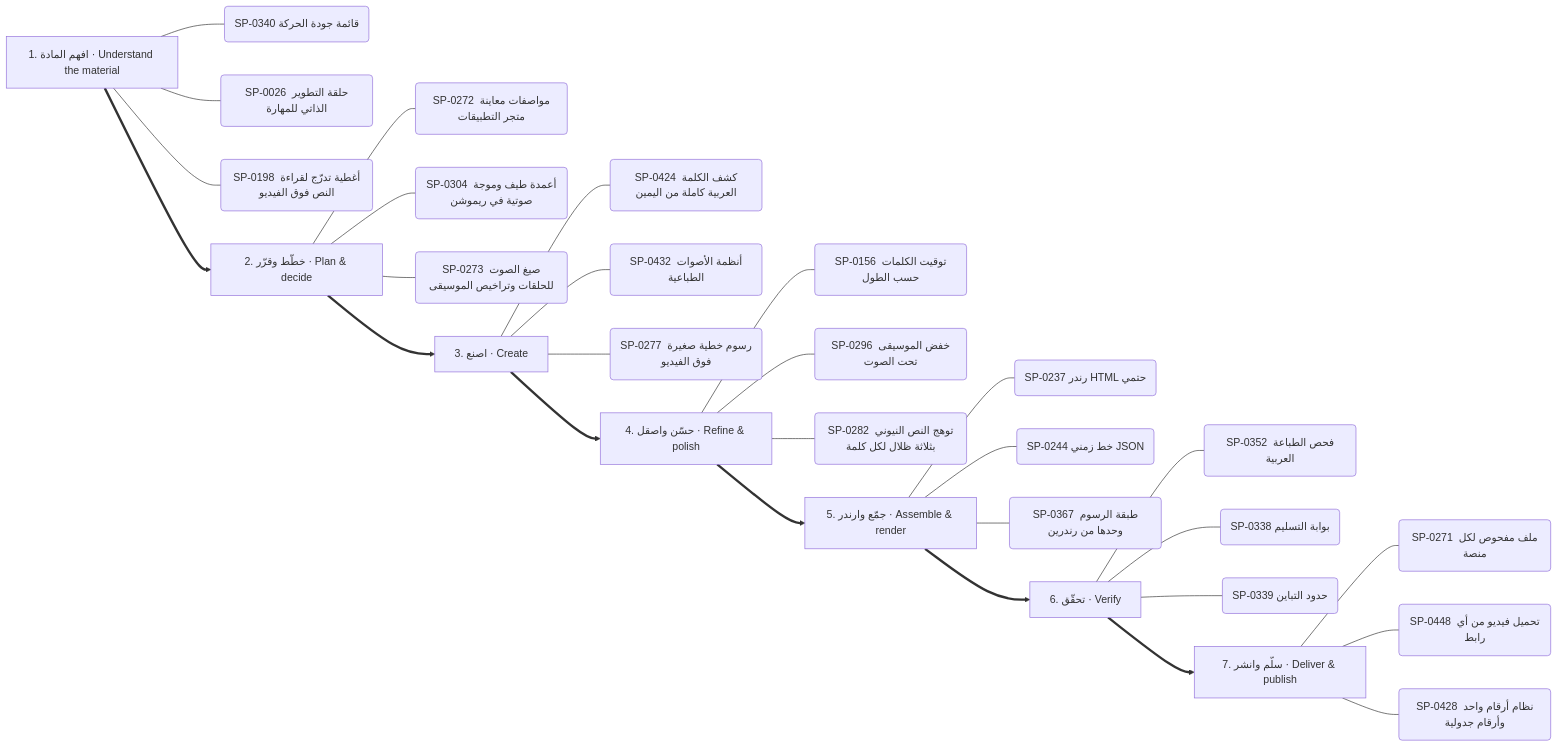
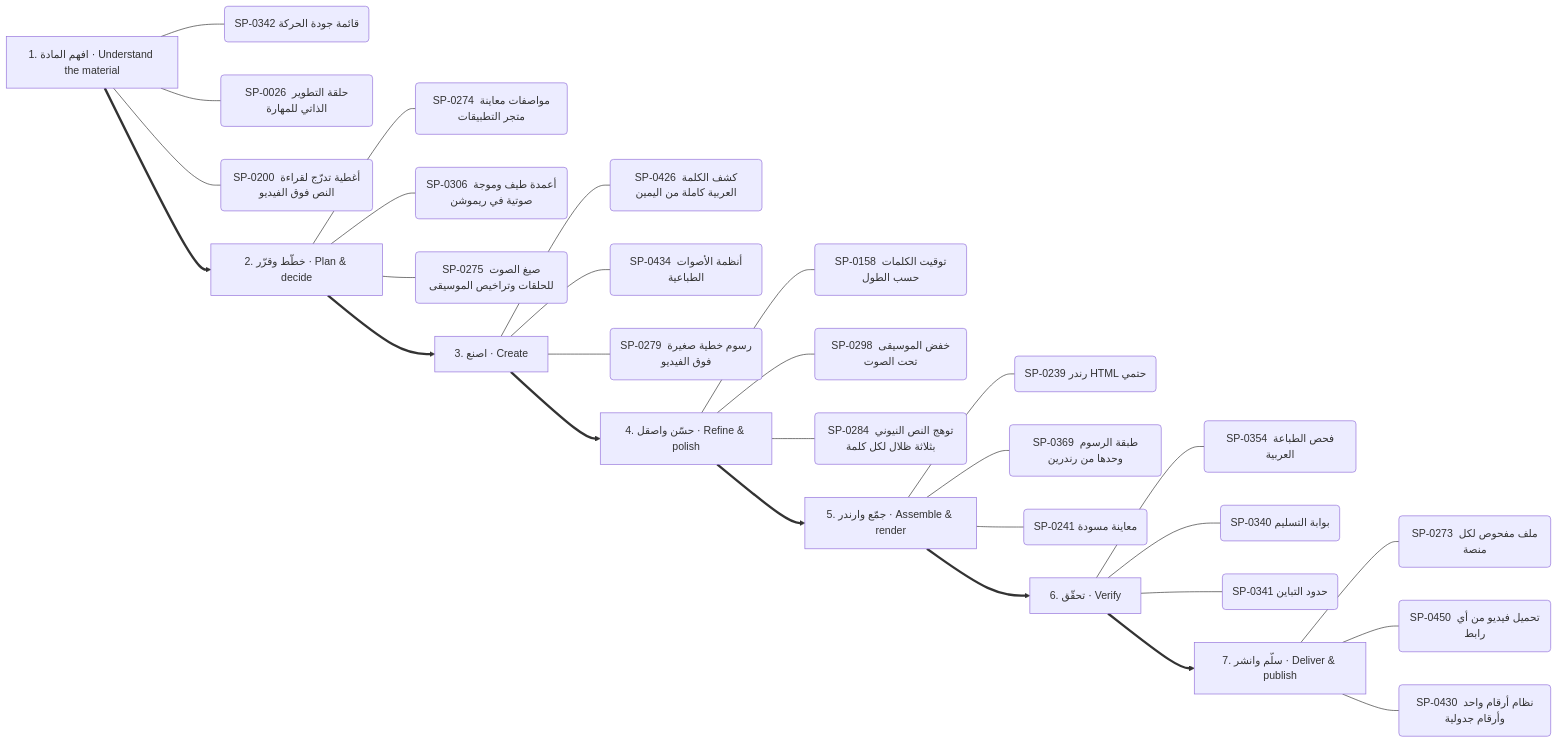
Before and after one commit to kosif199022-jpg/kosif-tool: the second of 13 diagrams in .claude/skills/kosif-superpowers/references/capability-mindmap.md, drawn with Mermaid. The commit also changed other lines of this file and 65 other files, not shown here.

````diff
--- a/.claude/skills/kosif-superpowers/references/capability-mindmap.md
+++ b/.claude/skills/kosif-superpowers/references/capability-mindmap.md
@@ -126,37 +126,37 @@
 ```mermaid
 flowchart LR
   S0["1. افهم المادة · Understand the material"]
-  S0 --- S0_0("SP-0340 قائمة جودة الحركة")
+  S0 --- S0_0("SP-0342 قائمة جودة الحركة")
   S0 --- S0_1("SP-0026 حلقة التطوير الذاتي للمهارة")
-  S0 --- S0_2("SP-0198 أغطية تدرّج لقراءة النص فوق الفيديو")
+  S0 --- S0_2("SP-0200 أغطية تدرّج لقراءة النص فوق الفيديو")
   S1["2. خطّط وقرّر · Plan & decide"]
-  S1 --- S1_0("SP-0272 مواصفات معاينة متجر التطبيقات")
-  S1 --- S1_1("SP-0304 أعمدة طيف وموجة صوتية في ريموشن")
-  S1 --- S1_2("SP-0273 صيغ الصوت للحلقات وتراخيص الموسيقى")
+  S1 --- S1_0("SP-0274 مواصفات معاينة متجر التطبيقات")
+  S1 --- S1_1("SP-0306 أعمدة طيف وموجة صوتية في ريموشن")
+  S1 --- S1_2("SP-0275 صيغ الصوت للحلقات وتراخيص الموسيقى")
   S0 ==> S1
   S2["3. اصنع · Create"]
-  S2 --- S2_0("SP-0424 كشف الكلمة العربية كاملة من اليمين")
-  S2 --- S2_1("SP-0432 أنظمة الأصوات الطباعية")
-  S2 --- S2_2("SP-0277 رسوم خطية صغيرة فوق الفيديو")
+  S2 --- S2_0("SP-0426 كشف الكلمة العربية كاملة من اليمين")
+  S2 --- S2_1("SP-0434 أنظمة الأصوات الطباعية")
+  S2 --- S2_2("SP-0279 رسوم خطية صغيرة فوق الفيديو")
   S1 ==> S2
   S3["4. حسّن واصقل · Refine & polish"]
-  S3 --- S3_0("SP-0156 توقيت الكلمات حسب الطول")
-  S3 --- S3_1("SP-0296 خفض الموسيقى تحت الصوت")
-  S3 --- S3_2("SP-0282 توهج النص النيوني بثلاثة ظلال لكل كلمة")
+  S3 --- S3_0("SP-0158 توقيت الكلمات حسب الطول")
+  S3 --- S3_1("SP-0298 خفض الموسيقى تحت الصوت")
+  S3 --- S3_2("SP-0284 توهج النص النيوني بثلاثة ظلال لكل كلمة")
   S2 ==> S3
   S4["5. جمّع وارندر · Assemble & render"]
-  S4 --- S4_0("SP-0237 رندر HTML حتمي")
-  S4 --- S4_1("SP-0244 خط زمني JSON")
-  S4 --- S4_2("SP-0367 طبقة الرسوم وحدها من رندرين")
+  S4 --- S4_0("SP-0239 رندر HTML حتمي")
+  S4 --- S4_1("SP-0369 طبقة الرسوم وحدها من رندرين")
+  S4 --- S4_2("SP-0241 معاينة مسودة")
   S3 ==> S4
   S5["6. تحقّق · Verify"]
-  S5 --- S5_0("SP-0352 فحص الطباعة العربية")
-  S5 --- S5_1("SP-0338 بوابة التسليم")
-  S5 --- S5_2("SP-0339 حدود التباين")
+  S5 --- S5_0("SP-0354 فحص الطباعة العربية")
+  S5 --- S5_1("SP-0340 بوابة التسليم")
+  S5 --- S5_2("SP-0341 حدود التباين")
   S4 ==> S5
   S6["7. سلّم وانشر · Deliver & publish"]
-  S6 --- S6_0("SP-0271 ملف مفحوص لكل منصة")
-  S6 --- S6_1("SP-0448 تحميل فيديو من أي رابط")
-  S6 --- S6_2("SP-0428 نظام أرقام واحد وأرقام جدولية")
+  S6 --- S6_0("SP-0273 ملف مفحوص لكل منصة")
+  S6 --- S6_1("SP-0450 تحميل فيديو من أي رابط")
+  S6 --- S6_2("SP-0430 نظام أرقام واحد وأرقام جدولية")
   S5 ==> S6
 ```
````
